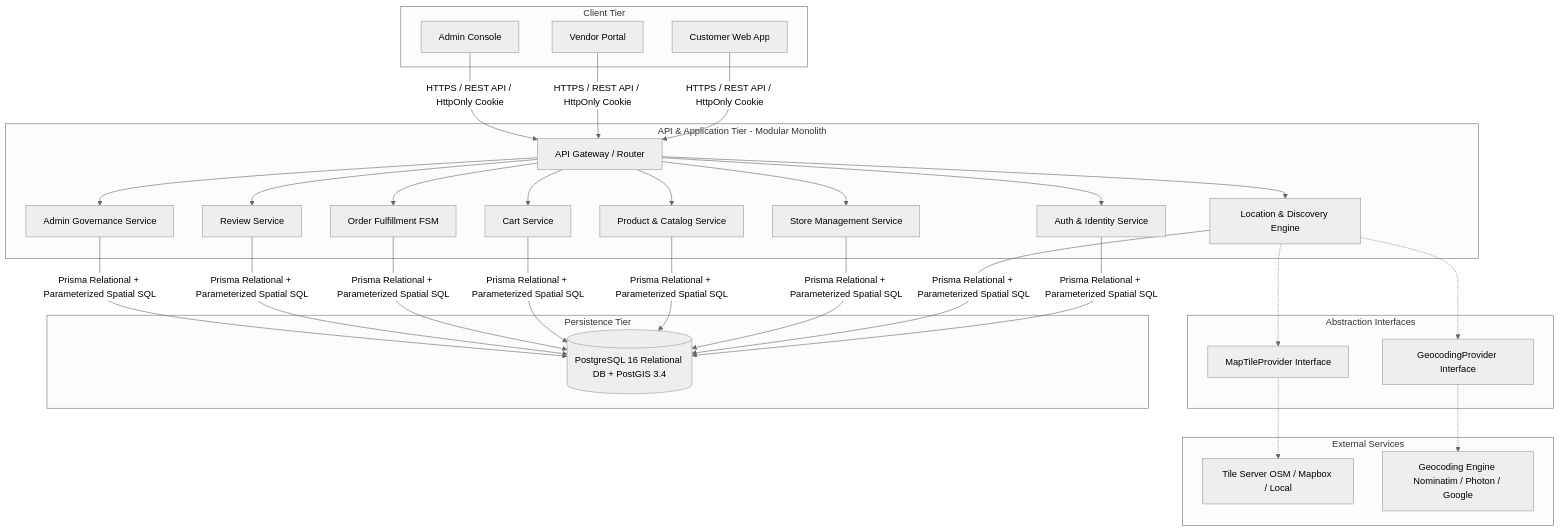
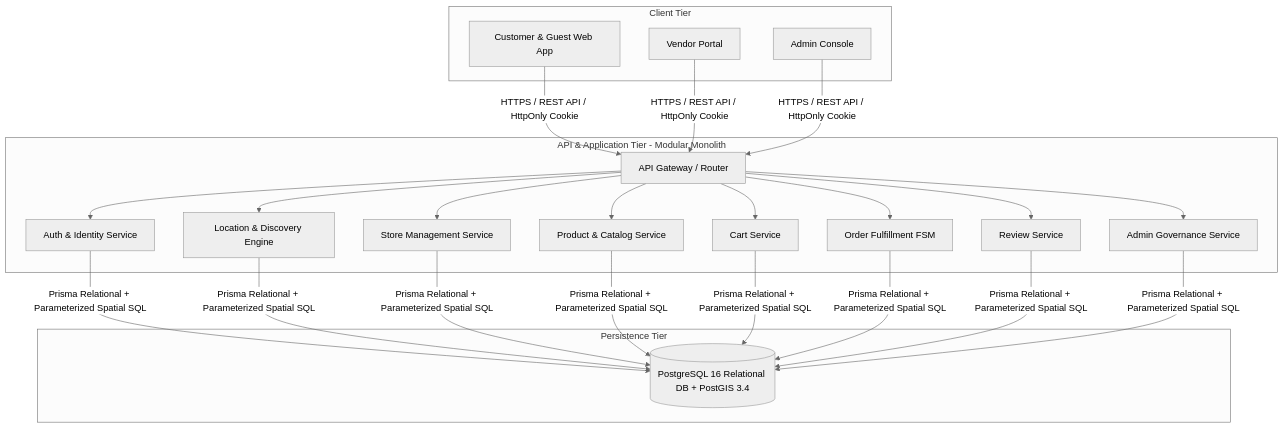
Before and after one commit to Ahmad-Codemaster/GeoMarket: the diagram in docs/SYSTEM_REQUIREMENTS_AND_ARCHITECTURE_SPECIFICATION.md, drawn with Mermaid (neutral theme). The commit also changed other lines of this file and 11 other files, not shown here.

````diff
--- a/docs/SYSTEM_REQUIREMENTS_AND_ARCHITECTURE_SPECIFICATION.md
+++ b/docs/SYSTEM_REQUIREMENTS_AND_ARCHITECTURE_SPECIFICATION.md
@@ -34,41 +35,28 @@
 ```mermaid
 graph TD
     subgraph Client Tier
-        C[Customer Web App]
+        C[Customer & Guest Web App]
         V[Vendor Portal]
         A[Admin Console]
     end
 
     subgraph API & Application Tier - Modular Monolith
         GW[API Gateway / Router]
         AS[Auth & Identity Service]
         LS[Location & Discovery Engine]
         SS[Store Management Service]
         PS[Product & Catalog Service]
         CS[Cart Service]
         OS[Order Fulfillment FSM]
         RS[Review Service]
         GS[Admin Governance Service]
     end
 
-    subgraph Abstraction Interfaces
-        MTP[MapTileProvider Interface]
-        GCP[GeocodingProvider Interface]
-    end
-
-    subgraph External Services
-        TILES[Tile Server OSM / Mapbox / Local]
-        GEO[Geocoding Engine Nominatim / Photon / Google]
-    end
-
     subgraph Persistence Tier
         DB[(PostgreSQL 16 Relational DB + PostGIS 3.4)]
     end
 
     C & V & A -->|HTTPS / REST API / HttpOnly Cookie| GW
     GW --> AS & LS & SS & PS & CS & OS & RS & GS
-    LS -.-> MTP & GCP
-    MTP -.-> TILES
-    GCP -.-> GEO
     AS & LS & SS & PS & CS & OS & RS & GS -->|Prisma Relational + Parameterized Spatial SQL| DB
 ```
````
